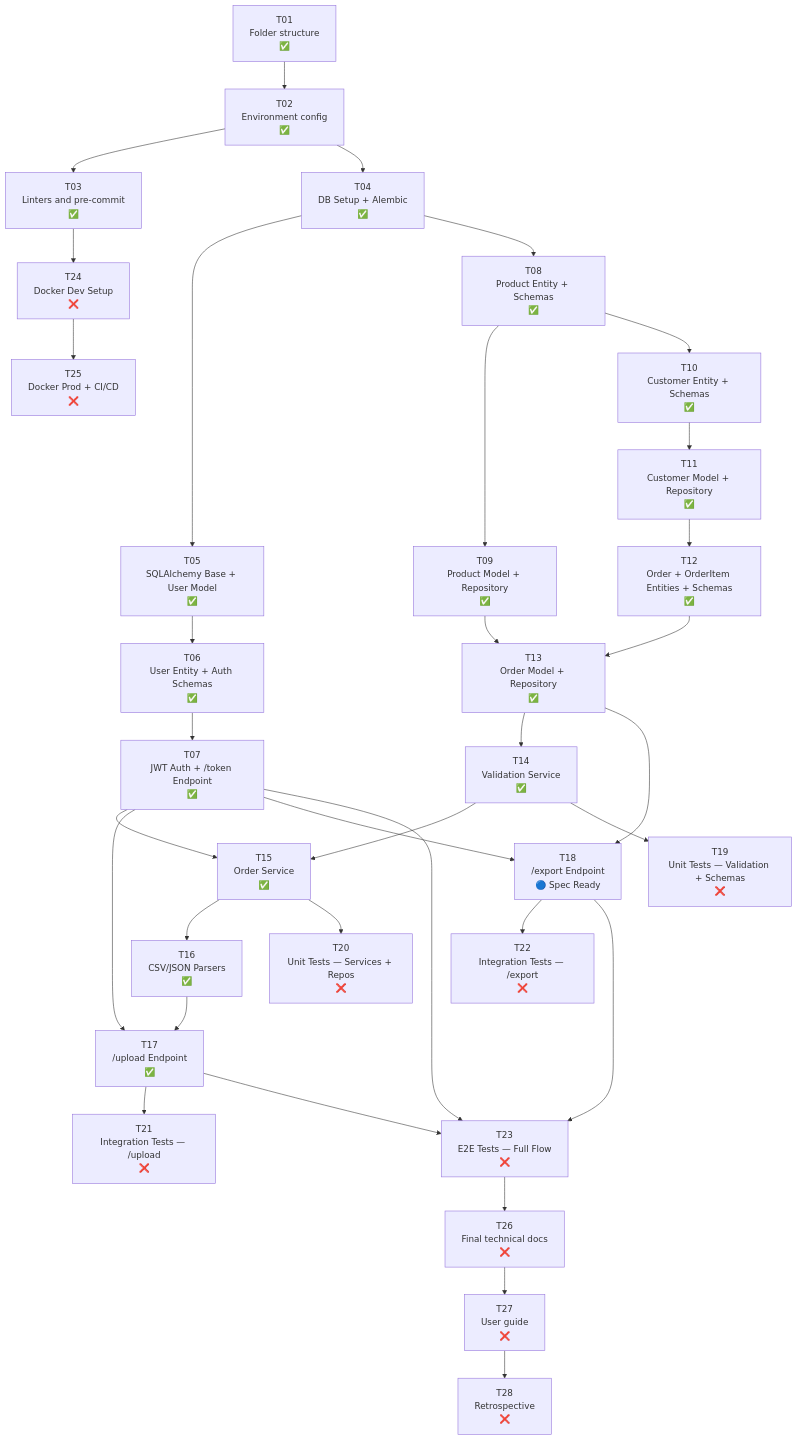
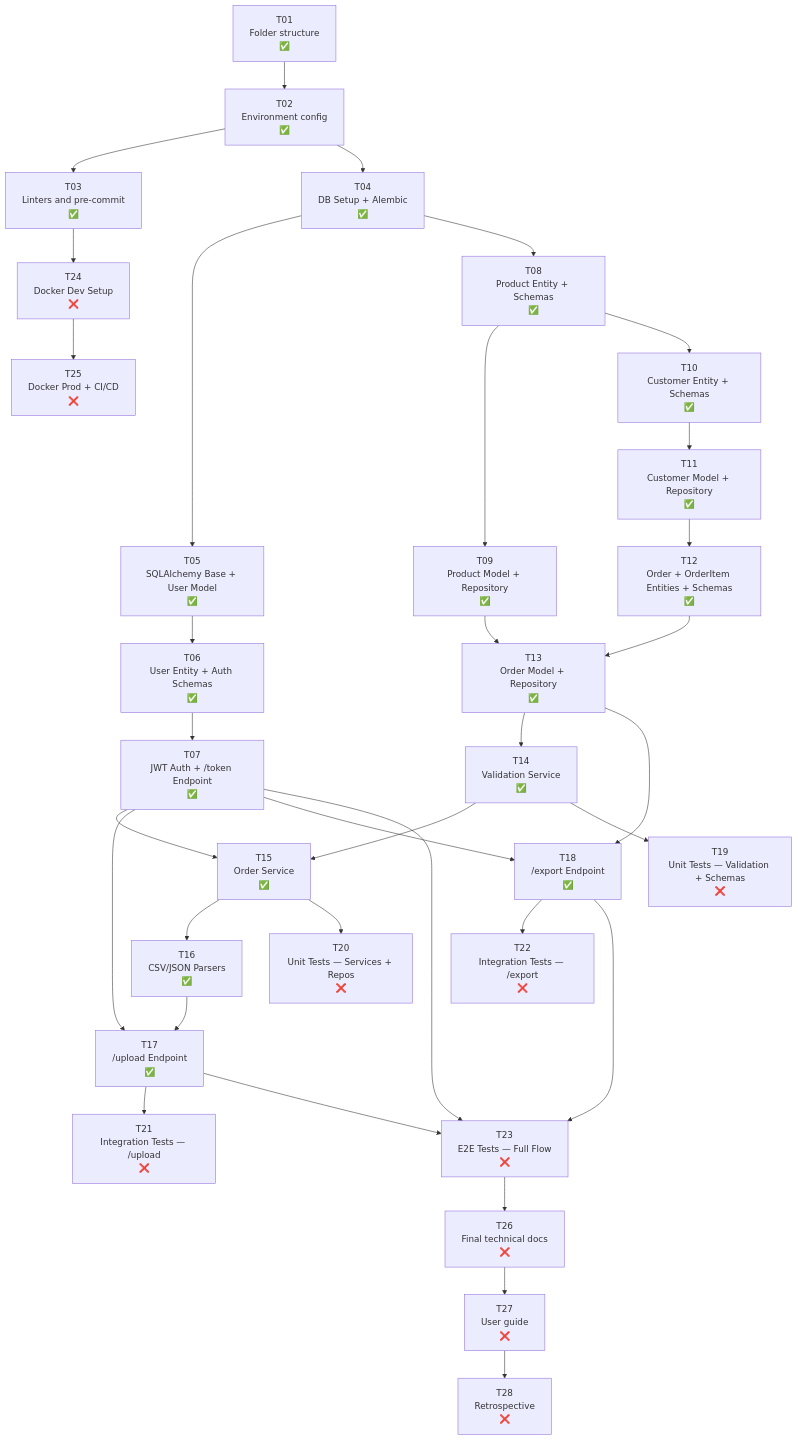
The diagram in WORKFLOW.md (Fisherk2/api-csv-bulk-import), drawn with Mermaid before and after one commit. The commit also changed other lines of this file and 3 other files, not shown here.

````diff
--- a/WORKFLOW.md
+++ b/WORKFLOW.md
@@ -302,43 +305,43 @@
 ```mermaid
 graph TD
     T01[T01\nFolder structure\n✅] --> T02[T02\nEnvironment config\n✅]
     T02 --> T03[T03\nLinters and pre-commit\n✅]
 
     T02 --> T04[T04\nDB Setup + Alembic\n✅]
     T04 --> T05[T05\nSQLAlchemy Base + User Model\n✅]
     T05 --> T06[T06\nUser Entity + Auth Schemas\n✅]
     T06 --> T07[T07\nJWT Auth + /token Endpoint\n✅]
 
     T04 --> T08[T08\nProduct Entity + Schemas\n✅]
     T08 --> T09[T09\nProduct Model + Repository\n✅]
 
     T08 --> T10[T10\nCustomer Entity + Schemas\n✅]
     T10 --> T11[T11\nCustomer Model + Repository\n✅]
     T11 --> T12[T12\nOrder + OrderItem Entities + Schemas\n✅]
     T12 --> T13[T13\nOrder Model + Repository\n✅]
     T09 --> T13
     T13 --> T14[T14\nValidation Service\n✅]
     T14 --> T15[T15\nOrder Service\n✅]
     T07 --> T15
     T15 --> T16[T16\nCSV/JSON Parsers\n✅]
     T16 --> T17[T17\n/upload Endpoint\n✅]
     T07 --> T17
 
-    T13 --> T18[T18\n/export Endpoint\n🔵 Spec Ready]
+    T13 --> T18[T18\n/export Endpoint\n✅]
     T07 --> T18
 
     T14 --> T19[T19\nUnit Tests — Validation + Schemas\n❌]
     T15 --> T20[T20\nUnit Tests — Services + Repos\n❌]
     T17 --> T21[T21\nIntegration Tests — /upload\n❌]
     T18 --> T22[T22\nIntegration Tests — /export\n❌]
     T07 --> T23[T23\nE2E Tests — Full Flow\n❌]
     T17 --> T23
     T18 --> T23
 
     T03 --> T24[T24\nDocker Dev Setup\n❌]
     T24 --> T25[T25\nDocker Prod + CI/CD\n❌]
 
     T23 --> T26[T26\nFinal technical docs\n❌]
     T26 --> T27[T27\nUser guide\n❌]
     T27 --> T28[T28\nRetrospective\n❌]
 ```
````
